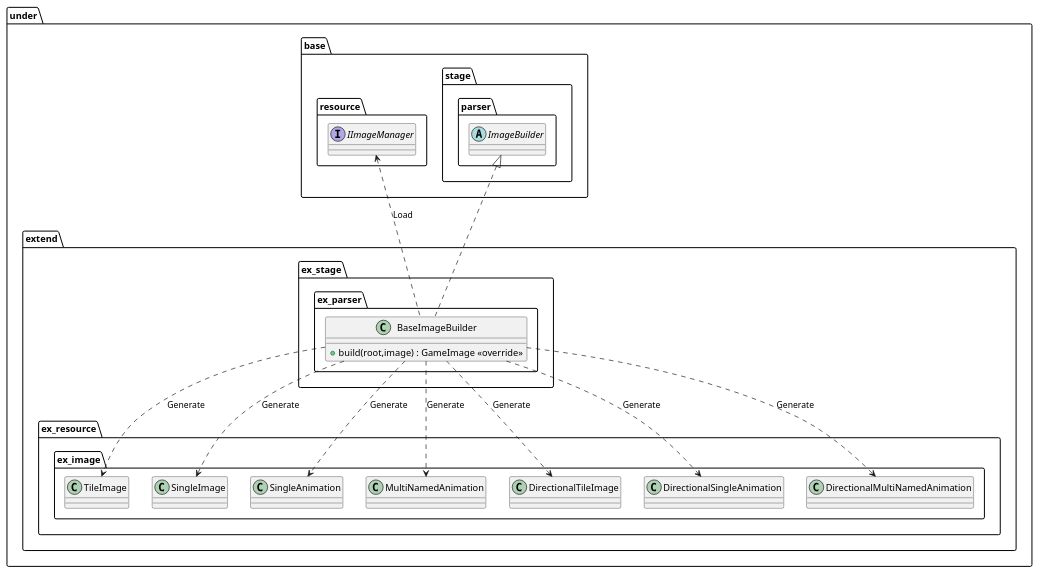
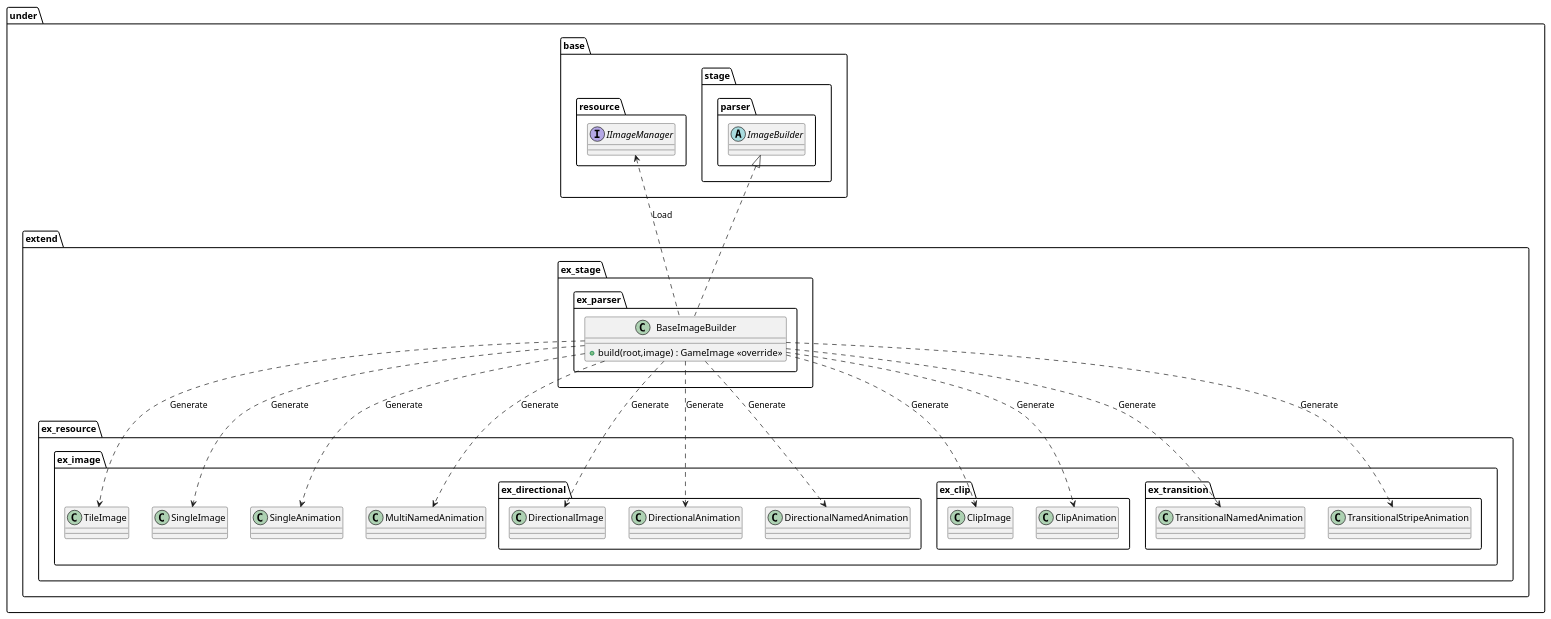
One commit to Expine/Under changed the diagram in uml/parser/Image.wsd. Above: the diagram before and after it, drawn with PlantUML. The commit also changed 55 other files, not shown here.

```diff
--- a/uml/parser/Image.wsd
+++ b/uml/parser/Image.wsd
@@ -1,53 +1,70 @@
 @startuml ParserImage
 
 package under {
     package extend {
         package ex_stage {
             package ex_parser {
                 class BaseImageBuilder {
                     +build(root,image) : GameImage <<override>>
                 }
             }
         }
     }
 }
 
 package under {
     package base {
         package resource {
             interface IImageManager
         }
         package stage {
             package parser {
                 abstract ImageBuilder
             }
         }
     }
     package extend {
         package ex_resource {
             package ex_image {
                 class TileImage
                 class SingleImage
                 class SingleAnimation
                 class MultiNamedAnimation
-                class DirectionalTileImage
-                class DirectionalSingleAnimation
-                class DirectionalMultiNamedAnimation
+                package ex_directional {
+                    class DirectionalImage
+                    class DirectionalAnimation
+                    class DirectionalNamedAnimation
+                }
+                package ex_clip {
+                    class ClipImage
+                    class ClipAnimation
+                }
+                package ex_transition {
+                    class TransitionalNamedAnimation
+                    class TransitionalStripeAnimation
+                }
             }
         }
     }
 }
 
 BaseImageBuilder ..> TileImage : Generate
 BaseImageBuilder ..> SingleImage : Generate
 BaseImageBuilder ..> SingleAnimation : Generate
 BaseImageBuilder ..> MultiNamedAnimation : Generate
-BaseImageBuilder ..> DirectionalTileImage : Generate
-BaseImageBuilder ..> DirectionalSingleAnimation : Generate
-BaseImageBuilder ..> DirectionalMultiNamedAnimation : Generate
+
+BaseImageBuilder ..> TransitionalNamedAnimation : Generate
+BaseImageBuilder ..> TransitionalStripeAnimation : Generate
+
+BaseImageBuilder ..> ClipImage : Generate
+BaseImageBuilder ..> ClipAnimation : Generate
+
+BaseImageBuilder ..> DirectionalImage : Generate
+BaseImageBuilder ..> DirectionalAnimation : Generate
+BaseImageBuilder ..> DirectionalNamedAnimation : Generate
 
 IImageManager <.. BaseImageBuilder : Load
 
 ImageBuilder <|.. BaseImageBuilder
 
 @enduml
```
